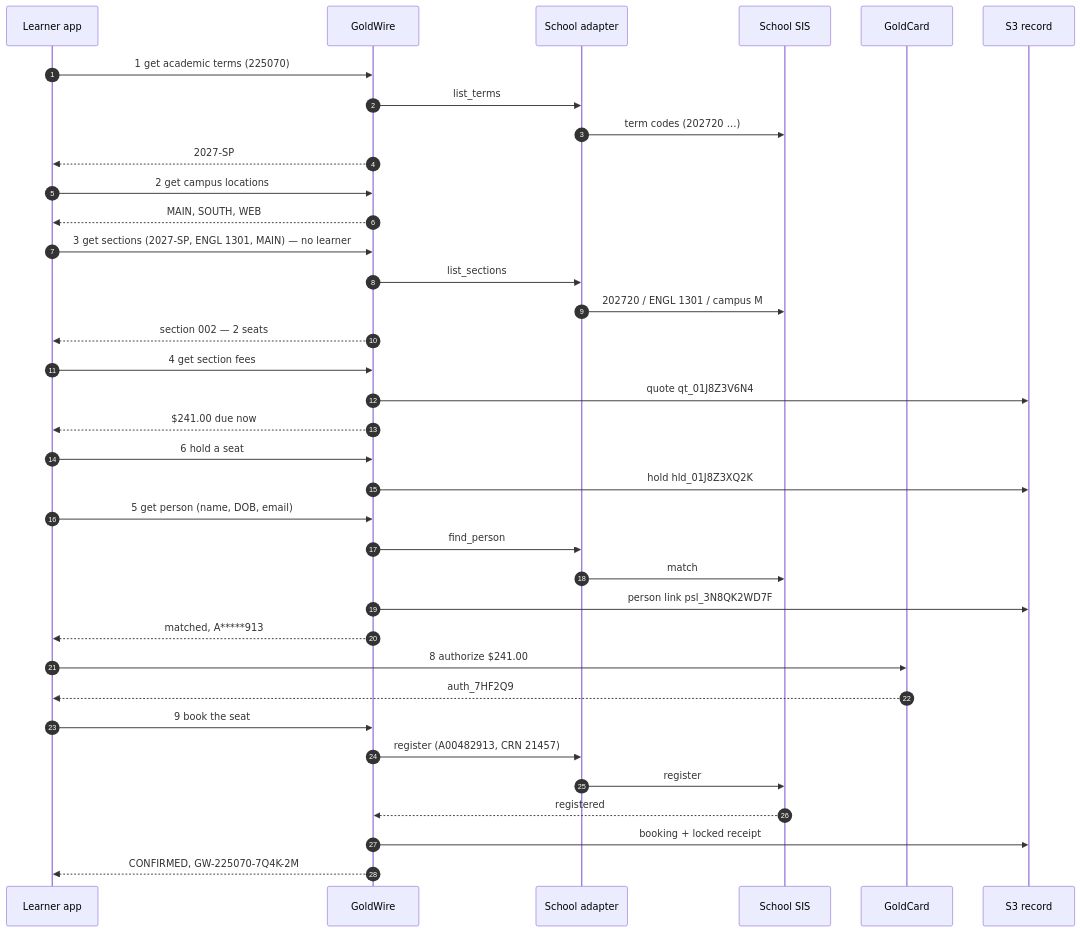
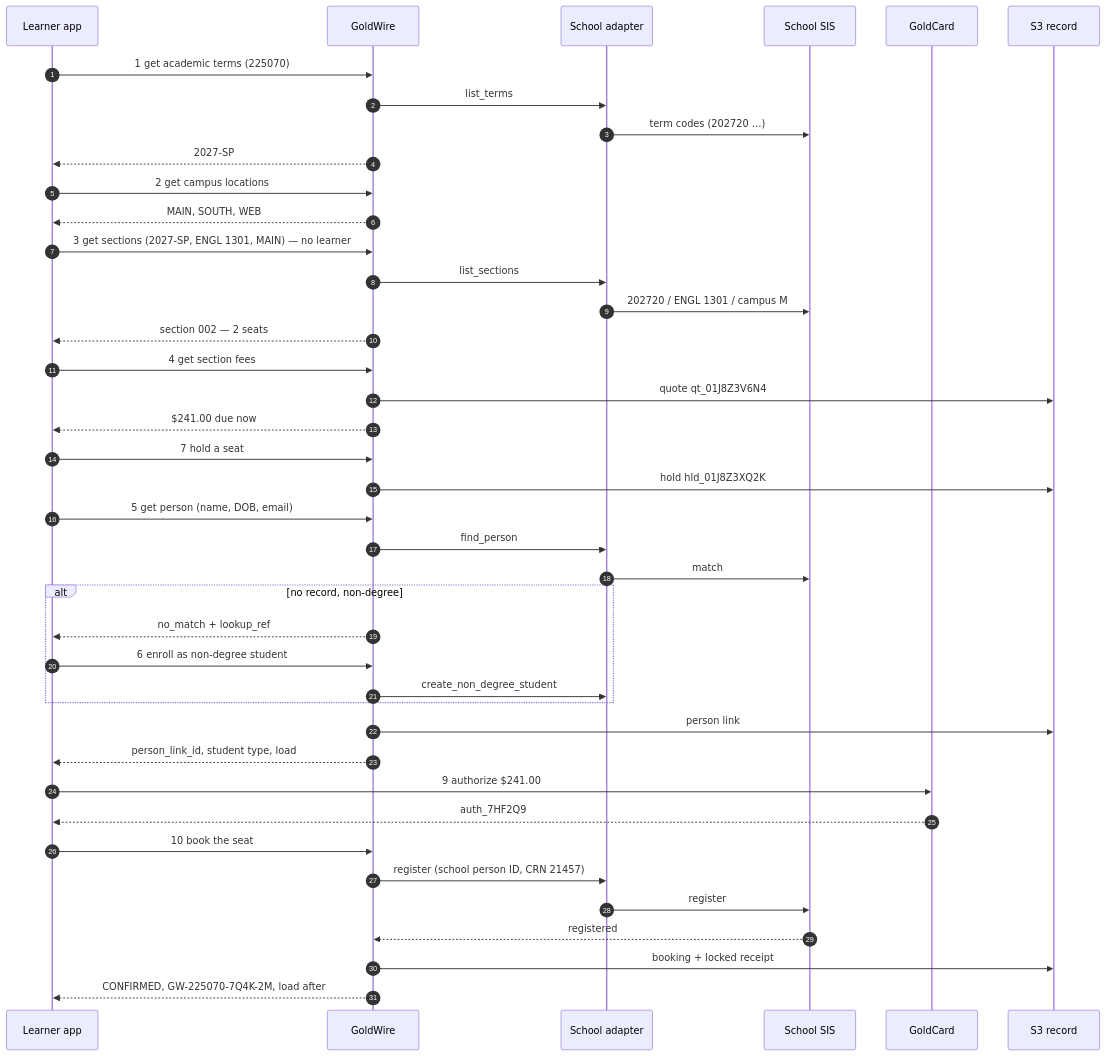
The diagram in docs/drafts/goldwire/README.md (AcademyOne-Inc/GoldSeam), drawn with Mermaid before and after one commit. The commit also changed other lines of this file and 13 other files, not shown here.

First line of the commit message:
Add GoldWire API reference and non-degree student enrollment

````diff
--- a/docs/drafts/goldwire/README.md
+++ b/docs/drafts/goldwire/README.md
@@ -97,39 +114,44 @@
 ```mermaid
 sequenceDiagram
     autonumber
     participant L as Learner app
     participant GW as GoldWire
     participant AD as School adapter
     participant SIS as School SIS
     participant CARD as GoldCard
     participant S3 as S3 record
 
     L->>GW: 1 get academic terms (225070)
     GW->>AD: list_terms
     AD->>SIS: term codes (202720 …)
     GW-->>L: 2027-SP
     L->>GW: 2 get campus locations
     GW-->>L: MAIN, SOUTH, WEB
     L->>GW: 3 get sections (2027-SP, ENGL 1301, MAIN) — no learner
     GW->>AD: list_sections
     AD->>SIS: 202720 / ENGL 1301 / campus M
     GW-->>L: section 002 — 2 seats
     L->>GW: 4 get section fees
     GW->>S3: quote qt_01J8Z3V6N4
     GW-->>L: $241.00 due now
-    L->>GW: 6 hold a seat
+    L->>GW: 7 hold a seat
     GW->>S3: hold hld_01J8Z3XQ2K
     L->>GW: 5 get person (name, DOB, email)
     GW->>AD: find_person
     AD->>SIS: match
-    GW->>S3: person link psl_3N8QK2WD7F
-    GW-->>L: matched, A*****913
-    L->>CARD: 8 authorize $241.00
+    alt no record, non-degree
+        GW-->>L: no_match + lookup_ref
+        L->>GW: 6 enroll as non-degree student
+        GW->>AD: create_non_degree_student
+    end
+    GW->>S3: person link
+    GW-->>L: person_link_id, student type, load
+    L->>CARD: 9 authorize $241.00
     CARD-->>L: auth_7HF2Q9
-    L->>GW: 9 book the seat
-    GW->>AD: register (A00482913, CRN 21457)
+    L->>GW: 10 book the seat
+    GW->>AD: register (school person ID, CRN 21457)
     AD->>SIS: register
     SIS-->>GW: registered
     GW->>S3: booking + locked receipt
-    GW-->>L: CONFIRMED, GW-225070-7Q4K-2M
+    GW-->>L: CONFIRMED, GW-225070-7Q4K-2M, load after
 ```
````
